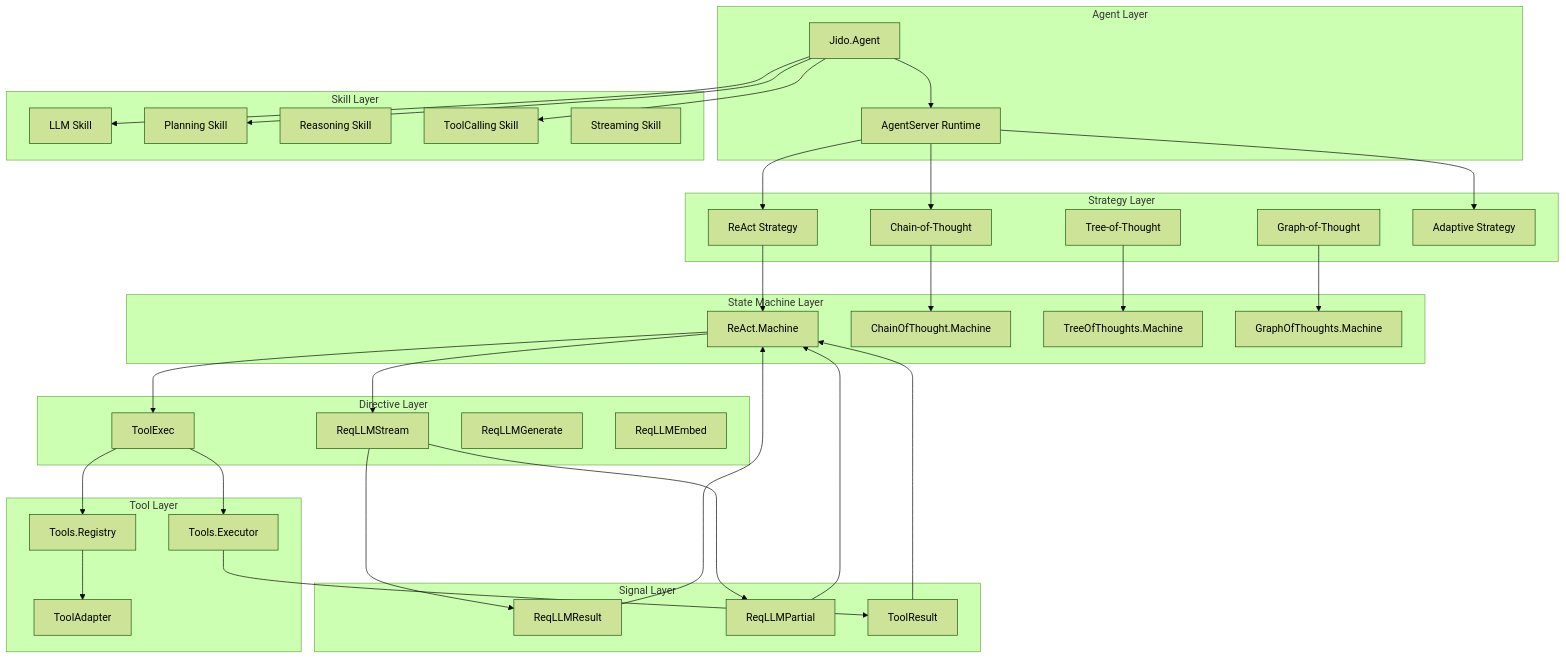
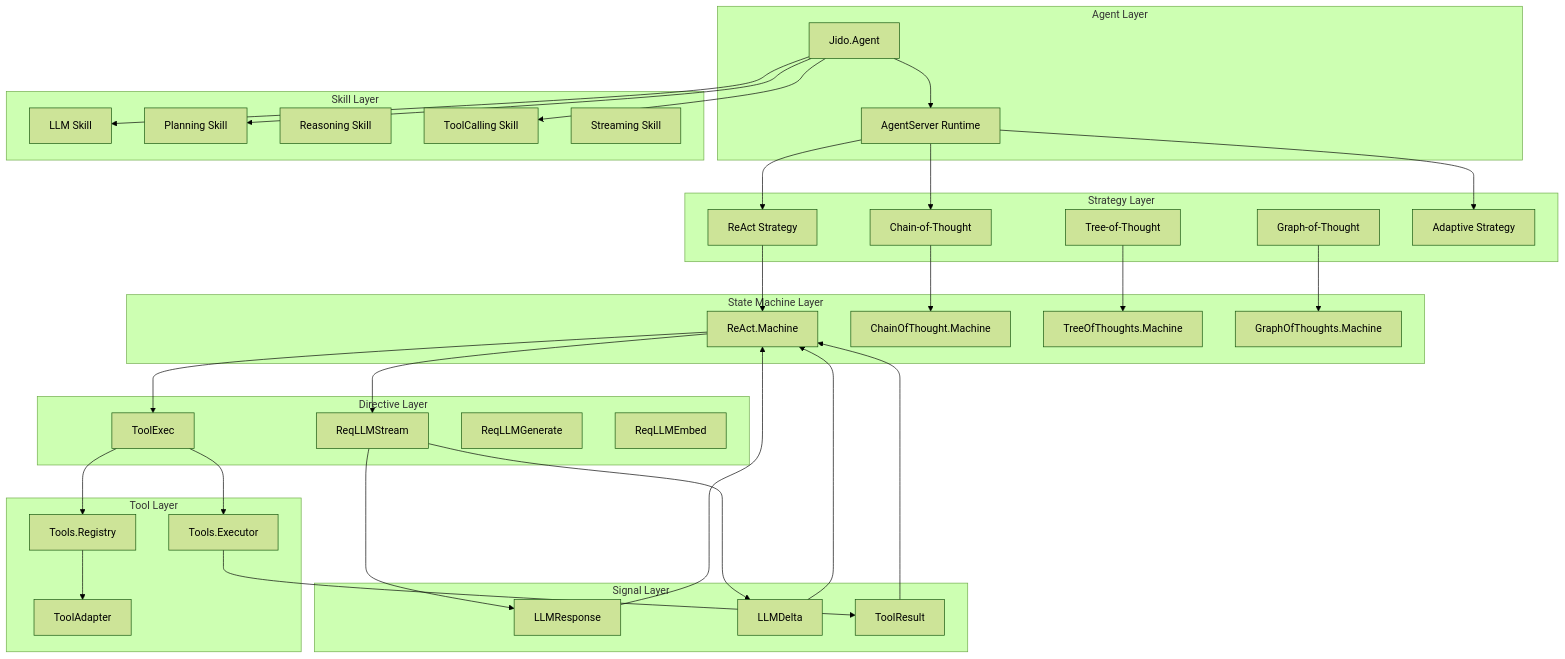
One commit to agentjido/jido_ai changed the first of 2 diagrams in guides/developer/01_architecture_overview.md. Above: the diagram before and after it, drawn with Mermaid (forest theme). The commit also changed other lines of this file and 32 other files, not shown here.

First line of the commit message:
refactor: update signal types and architecture in Jido.AI

````diff
--- a/guides/developer/01_architecture_overview.md
+++ b/guides/developer/01_architecture_overview.md
@@ -38,78 +38,78 @@
 ```mermaid
 graph TB
     subgraph "Agent Layer"
         Agent[Jido.Agent]
         AgentServer[AgentServer Runtime]
     end
 
     subgraph "Strategy Layer"
         ReAct[ReAct Strategy]
         CoT[Chain-of-Thought]
         ToT[Tree-of-Thought]
         GoT[Graph-of-Thought]
         Adaptive[Adaptive Strategy]
     end
 
     subgraph "State Machine Layer"
         ReActMachine[ReAct.Machine]
         CoTMachine[ChainOfThought.Machine]
         ToTMachine[TreeOfThoughts.Machine]
         GoTMachine[GraphOfThoughts.Machine]
     end
 
     subgraph "Directive Layer"
         ReqLLMStream[ReqLLMStream]
         ToolExec[ToolExec]
         ReqLLMGenerate[ReqLLMGenerate]
         ReqLLMEmbed[ReqLLMEmbed]
     end
 
     subgraph "Tool Layer"
         Registry[Tools.Registry]
         Executor[Tools.Executor]
         ToolAdapter[ToolAdapter]
     end
 
     subgraph "Signal Layer"
-        ReqLLMResult[ReqLLMResult]
-        ReqLLMPartial[ReqLLMPartial]
+        LLMResponse[LLMResponse]
+        LLMDelta[LLMDelta]
         ToolResult[ToolResult]
     end
 
     subgraph "Skill Layer"
         LLM[LLM Skill]
         Planning[Planning Skill]
         Reasoning[Reasoning Skill]
         ToolCalling[ToolCalling Skill]
         Streaming[Streaming Skill]
     end
 
     Agent --> AgentServer
     AgentServer --> ReAct
     AgentServer --> CoT
     AgentServer --> Adaptive
 
     ReAct --> ReActMachine
     CoT --> CoTMachine
     ToT --> ToTMachine
     GoT --> GoTMachine
 
     ReActMachine --> ReqLLMStream
     ReActMachine --> ToolExec
 
     ToolExec --> Registry
     ToolExec --> Executor
     Registry --> ToolAdapter
 
-    ReqLLMStream --> ReqLLMResult
-    ReqLLMStream --> ReqLLMPartial
+    ReqLLMStream --> LLMResponse
+    ReqLLMStream --> LLMDelta
     Executor --> ToolResult
 
-    ReqLLMResult --> ReActMachine
+    LLMResponse --> ReActMachine
     ToolResult --> ReActMachine
-    ReqLLMPartial --> ReActMachine
+    LLMDelta --> ReActMachine
 
     Agent --> LLM
     Agent --> Planning
     Agent --> ToolCalling
 ```
````
